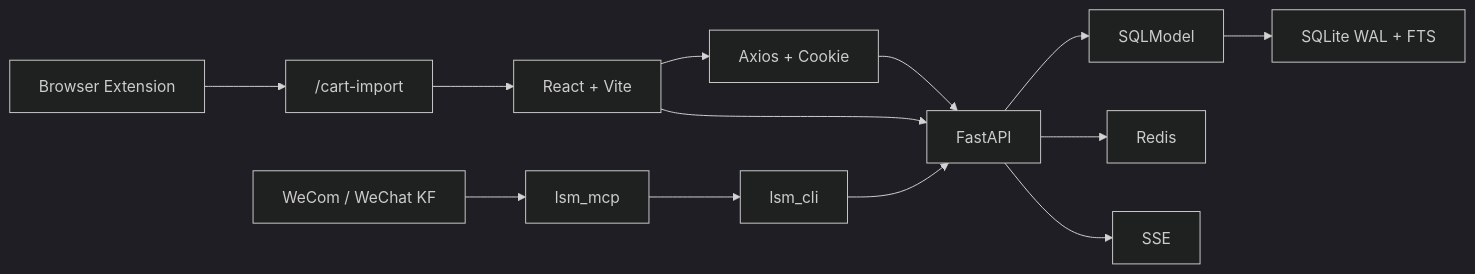
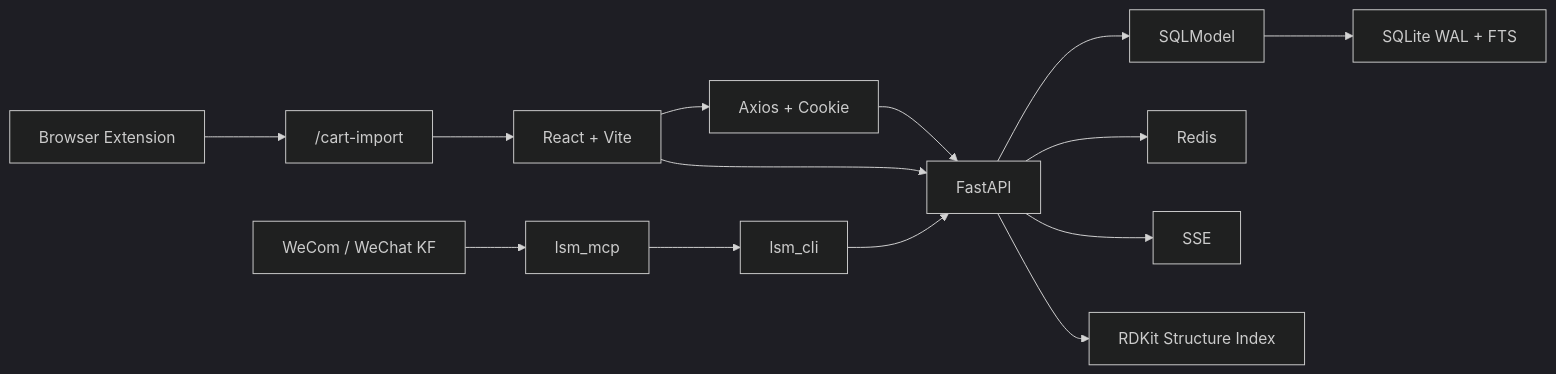
The diagram in wiki/overview/tech-stack.md (hzb666/LabStorageManager), drawn with Mermaid (dark theme) before and after one commit. The commit also changed other lines of this file and 298 other files, not shown here.

````diff
--- a/wiki/overview/tech-stack.md
+++ b/wiki/overview/tech-stack.md
@@ -131,15 +150,16 @@
 ```mermaid
 flowchart LR
     A["React + Vite"] --> B["Axios + Cookie"]
     B --> C["FastAPI"]
     C --> D["SQLModel"]
     D --> E["SQLite WAL + FTS"]
     C --> F["Redis"]
     C --> G["SSE"]
+    C --> M["RDKit Structure Index"]
     H["Browser Extension"] --> I["/cart-import"]
     I --> A
     A --> C
     J["WeCom / WeChat KF"] --> K["lsm_mcp"]
     K --> L["lsm_cli"]
     L --> C
 ```
````
